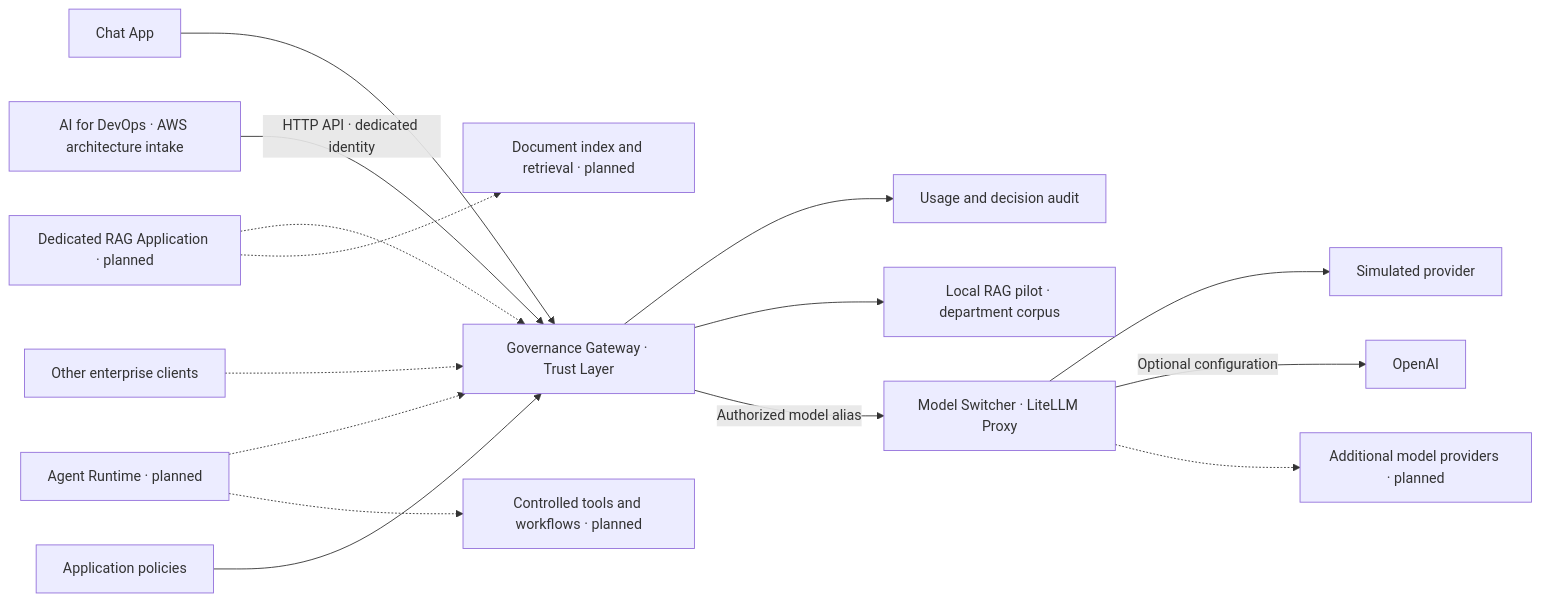
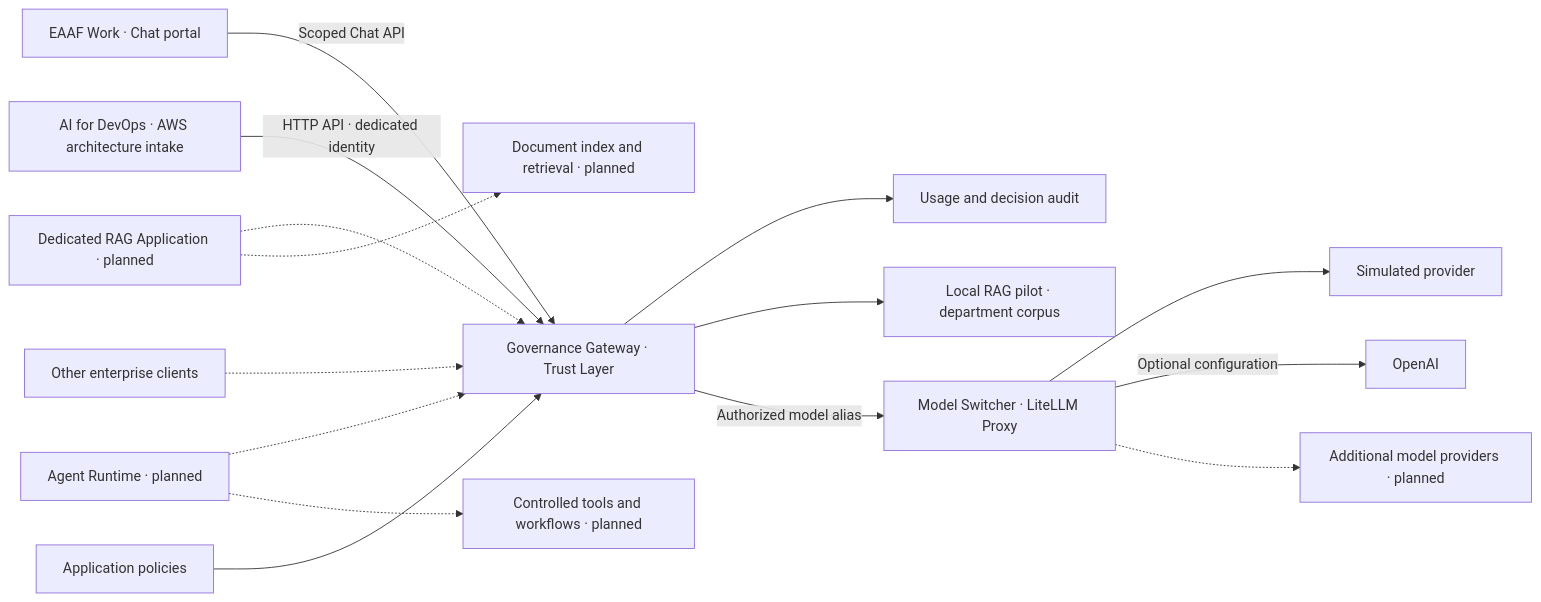
Before and after one commit to tandrian06/eaaf: the diagram in README.md, drawn with Mermaid. The commit also changed other lines of this file and 1 other file, not shown here.

Commit message:
Document the standalone EAAF Work application

````diff
--- a/README.md
+++ b/README.md
@@ -17,19 +18,19 @@
 ```mermaid
 flowchart LR
-    Chat["Chat App"] --> Gateway["Governance Gateway · Trust Layer"]
+    Chat["EAAF Work · Chat portal"] -->|"Scoped Chat API"| Gateway["Governance Gateway · Trust Layer"]
     RAG["Dedicated RAG Application · planned"] -.-> Gateway
     Agents["Agent Runtime · planned"] -.-> Gateway
     DevOps["AI for DevOps · AWS architecture intake"] -->|HTTP API · dedicated identity| Gateway
     Apps["Other enterprise clients"] -.-> Gateway
 
     Policies["Application policies"] --> Gateway
     Gateway --> Audit["Usage and decision audit"]
     Gateway --> LocalKnowledge["Local RAG pilot · department corpus"]
     Gateway -->|Authorized model alias| Switcher["Model Switcher · LiteLLM Proxy"]
     Switcher --> Mock["Simulated provider"]
     Switcher -->|Optional configuration| OpenAI["OpenAI"]
     Switcher -.-> Providers["Additional model providers · planned"]
 
     RAG -.-> Knowledge["Document index and retrieval · planned"]
     Agents -.-> Tools["Controlled tools and workflows · planned"]
 ```
````
